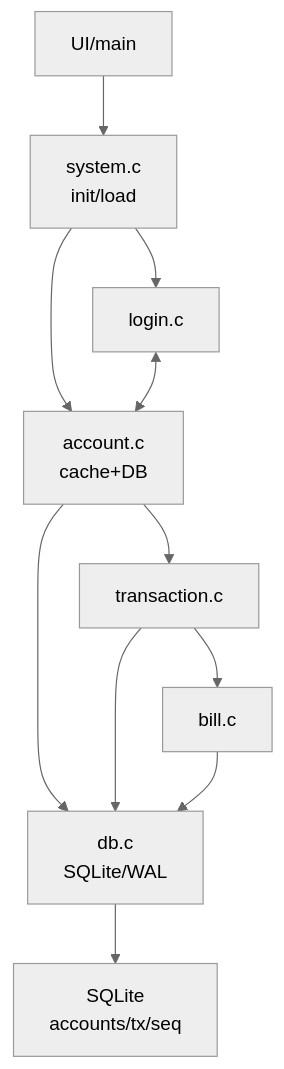
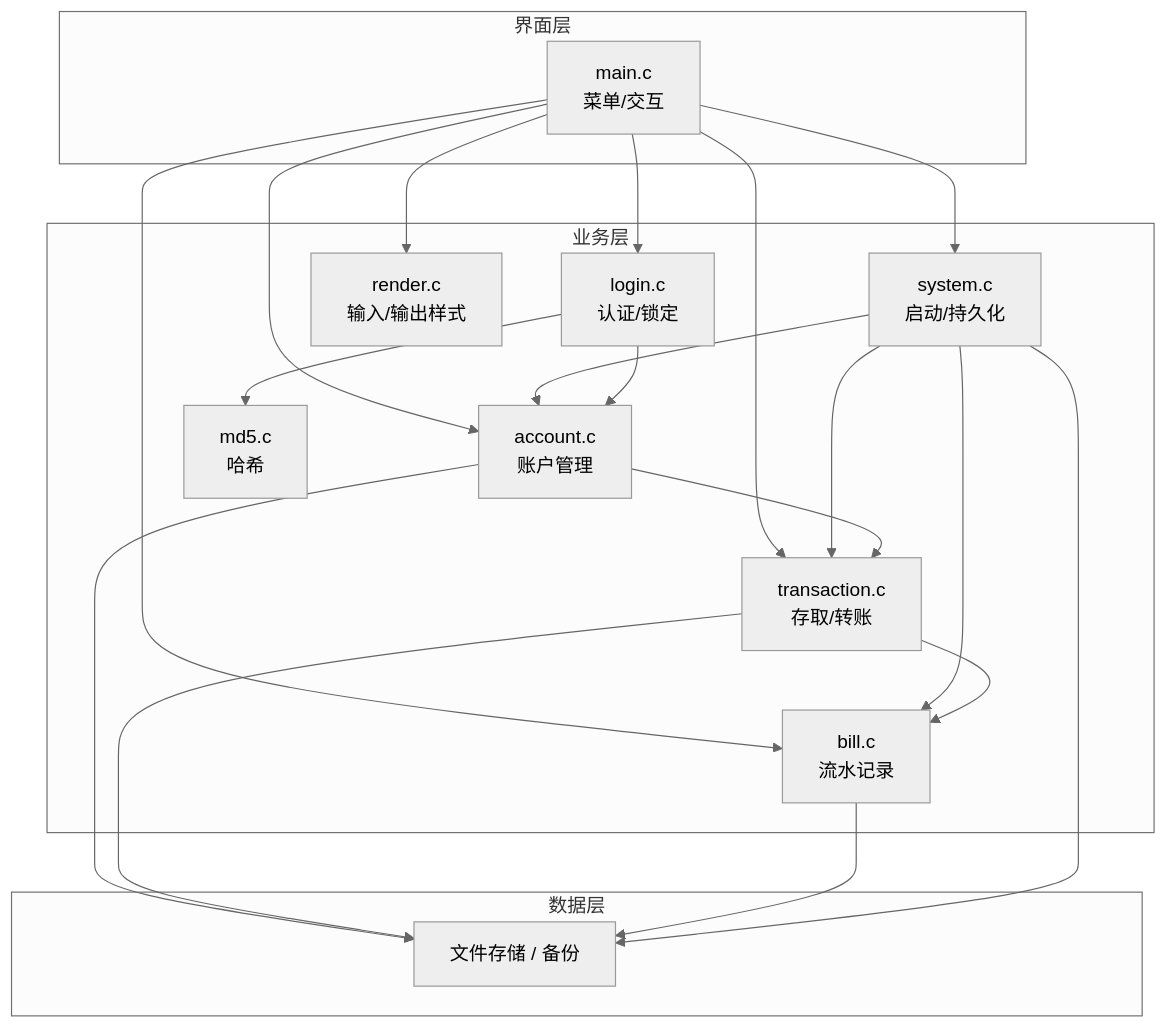
Before and after one commit to 233JUREN233/BankMiniSys: the third of 3 diagrams in README.md, drawn with Mermaid (neutral theme). The commit also changed other lines of this file and 1 other file, not shown here.

````diff
--- a/README.md
+++ b/README.md
@@ -98,13 +118,42 @@
 ```mermaid
-flowchart TD
-  UI[UI/main] --> SYS[system.c\ninit/load]
-  SYS --> LOGIN[login.c]
-  SYS --> ACC[account.c\ncache+DB]
-  LOGIN <--> ACC
-  ACC --> TX[transaction.c\n]
-  TX --> BILL[bill.c\n]
-  ACC --> DB[db.c\nSQLite/WAL]
-  TX --> DB
-  BILL --> DB
-  DB --> SQLITE[SQLite\naccounts/tx/seq]
+flowchart TB
+  subgraph UI[界面层]
+    MAIN[main.c<br/>菜单/交互]
+  end
+
+  subgraph APP[业务层]
+    SYS[system.c<br/>启动/持久化]
+    LOGIN[login.c<br/>认证/锁定]
+    ACC[account.c<br/>账户管理]
+    TX[transaction.c<br/>存取/转账]
+    BILL[bill.c<br/>流水记录]
+    MD5[md5.c<br/>哈希]
+    RENDER[render.c<br/>输入/输出样式]
+  end
+
+  subgraph DATA[数据层]
+    STORAGE[文件存储 / 备份]
+  end
+
+  MAIN --> SYS
+  MAIN --> LOGIN
+  MAIN --> ACC
+  MAIN --> TX
+  MAIN --> BILL
+
+  SYS --> ACC
+  SYS --> TX
+  SYS --> BILL
+
+  LOGIN --> ACC
+  ACC --> TX
+  TX --> BILL
+
+  ACC --> STORAGE
+  TX --> STORAGE
+  BILL --> STORAGE
+  SYS --> STORAGE
+
+  LOGIN --> MD5
+  MAIN --> RENDER
 ```
````
